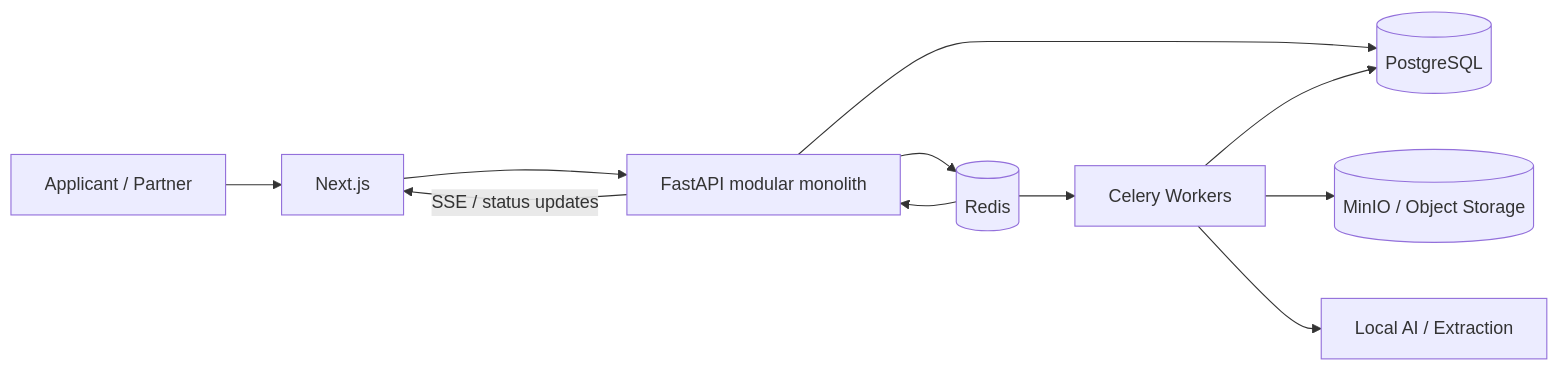
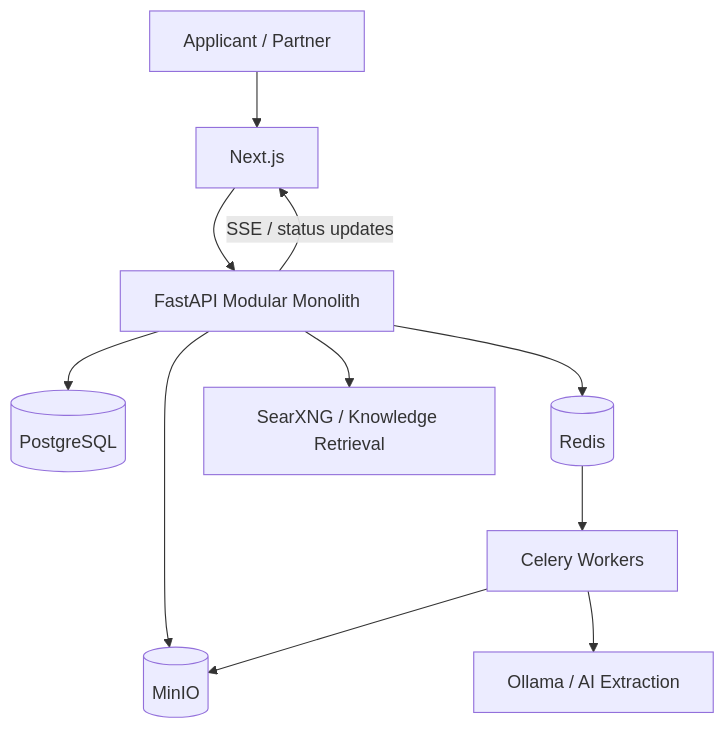
One commit to syifaniads/go4beyond-ai-visa-platform changed the second of 6 diagrams in README.md. Above: the diagram before and after it, drawn with Mermaid. The commit also changed other lines of this file, not shown here.

````diff
--- a/README.md
+++ b/README.md
@@ -75,13 +53,13 @@
 ```mermaid
-flowchart LR
-    U[Applicant / Partner] --> FE[Next.js]
-    FE --> API[FastAPI modular monolith]
+flowchart TB
+    USER[Applicant / Partner] --> FE[Next.js]
+    FE --> API[FastAPI Modular Monolith]
     API --> DB[(PostgreSQL)]
     API --> R[(Redis)]
     R --> W[Celery Workers]
-    W --> OBJ[(MinIO / Object Storage)]
-    W --> AI[Local AI / Extraction]
-    W --> DB
-    R --> API
+    API --> OBJ[(MinIO)]
+    W --> OBJ
+    W --> LLM[Ollama / AI Extraction]
+    API --> SEARCH[SearXNG / Knowledge Retrieval]
     API -->|SSE / status updates| FE
 ```
````
